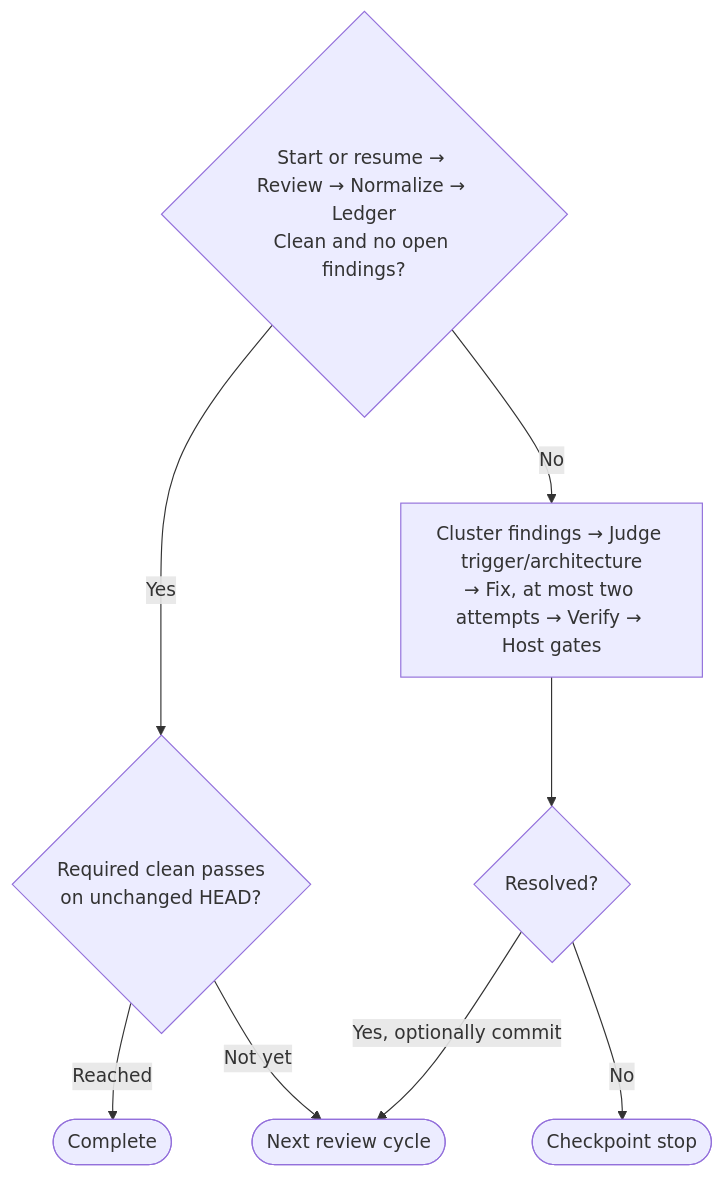
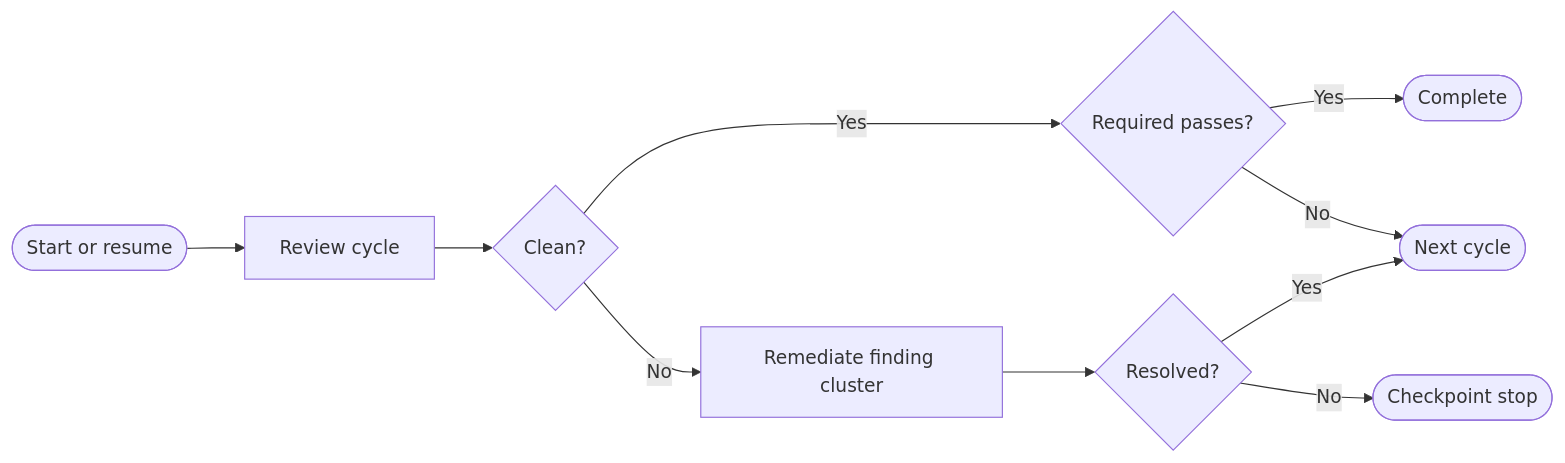
One commit to InnerLive/CodexReviewLoop changed the diagram in README.md. Above: the diagram before and after it, drawn with Mermaid. The commit also changed other lines of this file, not shown here.

Commit message:
Use a compact horizontal loop overview

````diff
--- a/README.md
+++ b/README.md
@@ -53,12 +53,13 @@
 ```mermaid
-flowchart TD
-    review{"Start or resume → Review → Normalize → Ledger<br/>Clean and no open findings?"}
-    review -- Yes --> passes{"Required clean passes<br/>on unchanged HEAD?"}
-    passes -- Reached --> done([Complete])
-    passes -- Not yet --> next([Next review cycle])
+flowchart LR
+    start([Start or resume]) --> review["Review cycle"]
+    review --> clean{"Clean?"}
+    clean -- Yes --> passes{"Required passes?"}
+    passes -- Yes --> done([Complete])
+    passes -- No --> next([Next cycle])
 
-    review -- No --> remediate["Cluster findings → Judge trigger/architecture<br/>→ Fix, at most two attempts → Verify → Host gates"]
+    clean -- No --> remediate["Remediate finding cluster"]
     remediate --> resolved{"Resolved?"}
-    resolved -- Yes, optionally commit --> next
+    resolved -- Yes --> next
     resolved -- No --> stop([Checkpoint stop])
 ```
````
